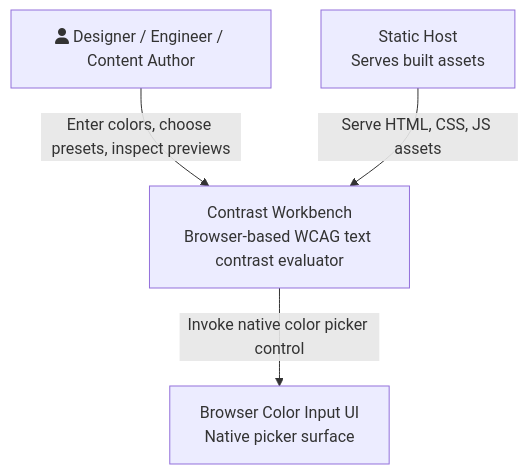
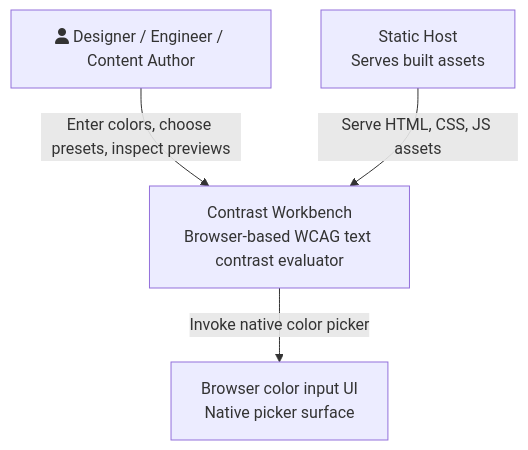
One commit to superiority-claw-agent/contrast-workbench-spark-0606 changed the first of 8 diagrams in docs/architecture/c4.md. Above: the diagram before and after it, drawn with Mermaid. The commit also changed other lines of this file and 26 other files, not shown here.

````diff
--- a/docs/architecture/c4.md
+++ b/docs/architecture/c4.md
@@ -9,11 +19,11 @@
 ```mermaid
 graph TD
     User["fa:fa-user Designer / Engineer / Content Author"]
     System["Contrast Workbench<br/>Browser-based WCAG text contrast evaluator"]
     Host["Static Host<br/>Serves built assets"]
-    BrowserAPI["Browser Color Input UI<br/>Native picker surface"]
+    BrowserAPI["Browser color input UI<br/>Native picker surface"]
 
     User -->|"Enter colors, choose presets, inspect previews"| System
     Host -->|"Serve HTML, CSS, JS assets"| System
-    System -->|"Invoke native color picker control"| BrowserAPI
+    System -->|"Invoke native color picker"| BrowserAPI
 ```
````
